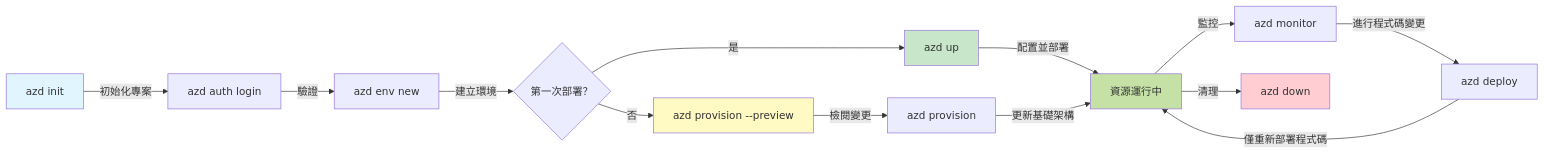
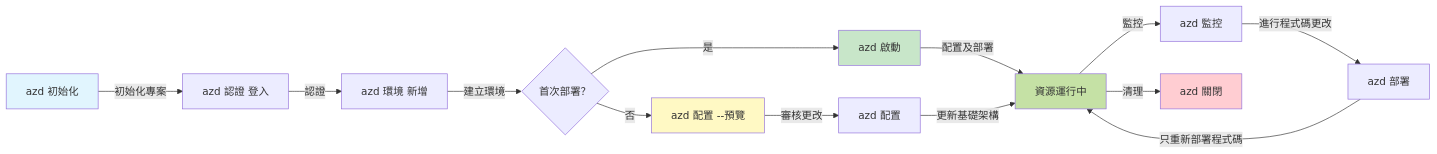
Before and after one commit to microsoft/AZD-for-beginners: the first of 2 diagrams in translations/zh-HK/docs/chapter-01-foundation/azd-basics.md, drawn with Mermaid. The commit also changed other lines of this file and 101 other files, not shown here.

````diff
--- a/translations/zh-HK/docs/chapter-01-foundation/azd-basics.md
+++ b/translations/zh-HK/docs/chapter-01-foundation/azd-basics.md
@@ -254,21 +269,21 @@
 ```mermaid
 graph LR
-    A[azd init] -->|初始化專案| B[azd auth login]
-    B -->|驗證| C[azd env new]
-    C -->|建立環境| D{第一次部署？}
-    D -->|是| E[azd up]
-    D -->|否| F[azd provision --preview]
-    F -->|檢閱變更| G[azd provision]
-    E -->|配置並部署| H[資源運行中]
+    A[azd 初始化] -->|初始化專案| B[azd 認證 登入]
+    B -->|認證| C[azd 環境 新增]
+    C -->|建立環境| D{首次部署？}
+    D -->|是| E[azd 啟動]
+    D -->|否| F[azd 配置 --預覽]
+    F -->|審核更改| G[azd 配置]
+    E -->|配置及部署| H[資源運行中]
     G -->|更新基礎架構| H
-    H -->|監控| I[azd monitor]
-    I -->|進行程式碼變更| J[azd deploy]
-    J -->|僅重新部署程式碼| H
-    H -->|清理| K[azd down]
+    H -->|監控| I[azd 監控]
+    I -->|進行程式碼更改| J[azd 部署]
+    J -->|只重新部署程式碼| H
+    H -->|清理| K[azd 關閉]
     
     style A fill:#e1f5fe
     style E fill:#c8e6c9
     style F fill:#fff9c4
     style H fill:#c5e1a5
     style K fill:#ffcdd2
 ```
````
